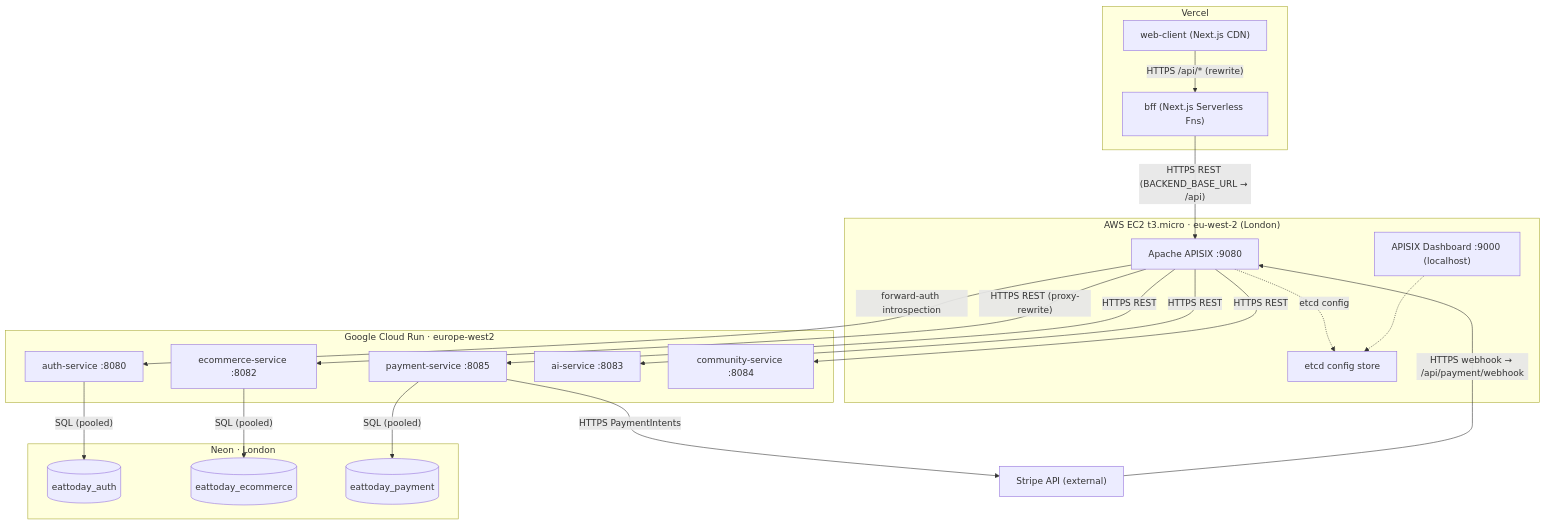
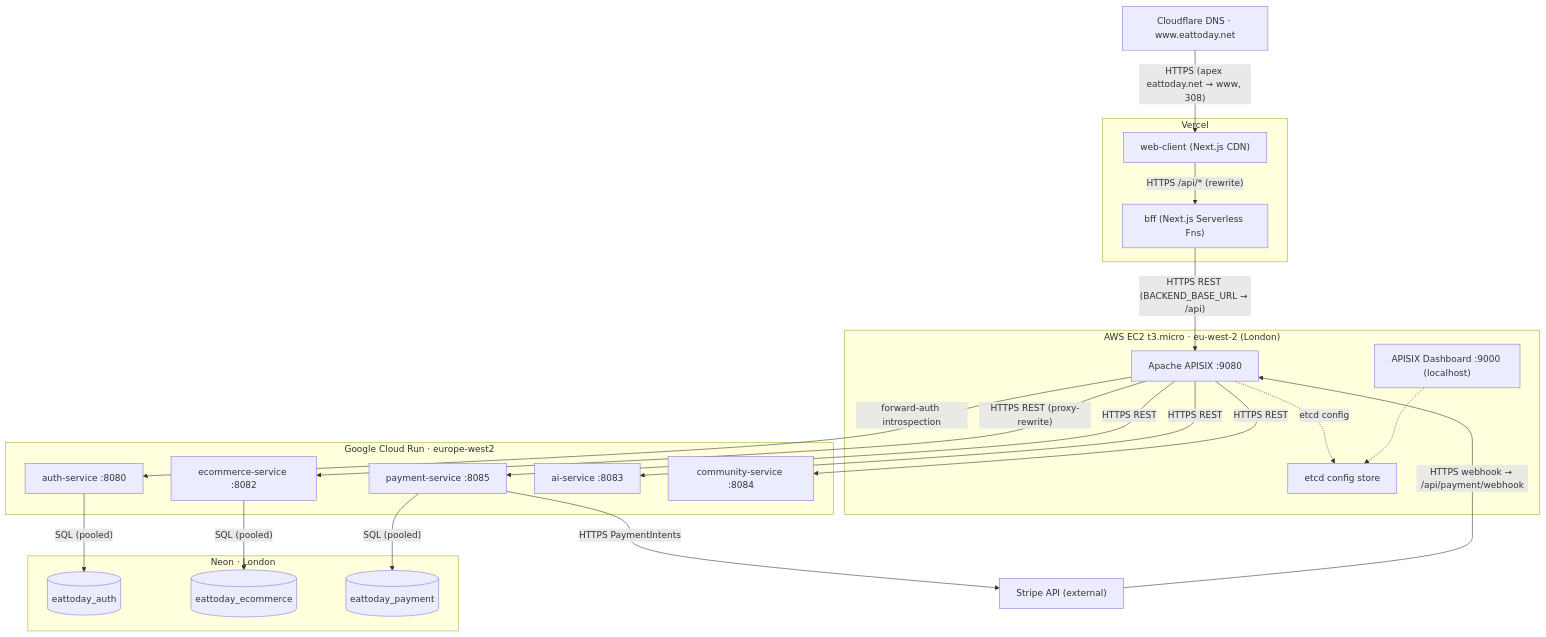
The third of 6 diagrams in README.md (JreeyL/Eattoday-Architecture-Spec), drawn with Mermaid before and after one commit. The commit also changed other lines of this file, not shown here.

````diff
--- a/README.md
+++ b/README.md
@@ -107,46 +112,48 @@
 ```mermaid
 graph TD
     subgraph Vercel["Vercel"]
         Web["web-client (Next.js CDN)"]
         BFF["bff (Next.js Serverless Fns)"]
     end
 
     subgraph AWS["AWS EC2 t3.micro · eu-west-2 (London)"]
         APISIX["Apache APISIX :9080"]
         Etcd["etcd config store"]
         Dash["APISIX Dashboard :9000 (localhost)"]
     end
 
     subgraph GCP["Google Cloud Run · europe-west2"]
         Auth["auth-service :8080"]
         Commerce["ecommerce-service :8082"]
         Payment["payment-service :8085"]
         AISvc["ai-service :8083"]
         Comm["community-service :8084"]
     end
 
     subgraph NeonCloud["Neon · London"]
         DBAuth[("eattoday_auth")]
         DBCommerce[("eattoday_ecommerce")]
         DBPayment[("eattoday_payment")]
     end
 
     Stripe["Stripe API (external)"]
+    DNS["Cloudflare DNS · www.eattoday.net"]
 
+    DNS -->|"HTTPS (apex eattoday.net → www, 308)"| Web
     Web -->|"HTTPS /api/* (rewrite)"| BFF
     BFF -->|"HTTPS REST (BACKEND_BASE_URL → /api)"| APISIX
     APISIX -->|"forward-auth introspection"| Auth
     APISIX -->|"HTTPS REST (proxy-rewrite)"| Commerce
     APISIX -->|"HTTPS REST"| Payment
     APISIX -->|"HTTPS REST"| AISvc
     APISIX -->|"HTTPS REST"| Comm
     APISIX -.->|"etcd config"| Etcd
     Dash -.-> Etcd
 
     Auth -->|"SQL (pooled)"| DBAuth
     Commerce -->|"SQL (pooled)"| DBCommerce
     Payment -->|"SQL (pooled)"| DBPayment
 
     Payment -->|"HTTPS PaymentIntents"| Stripe
     Stripe -->|"HTTPS webhook → /api/payment/webhook"| APISIX
 ```
````
